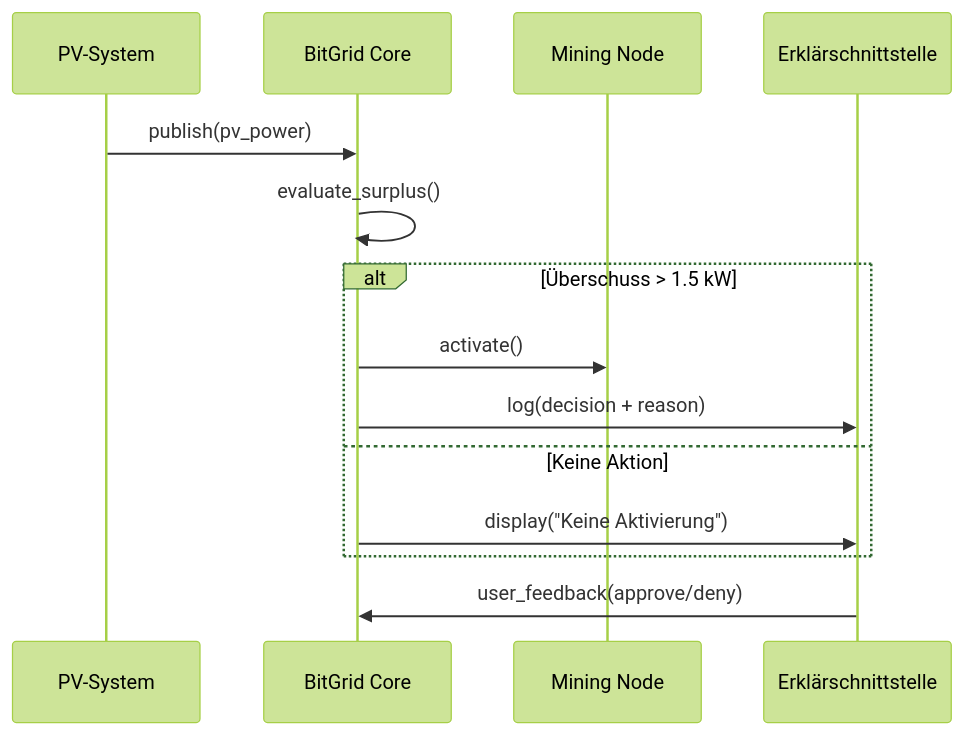
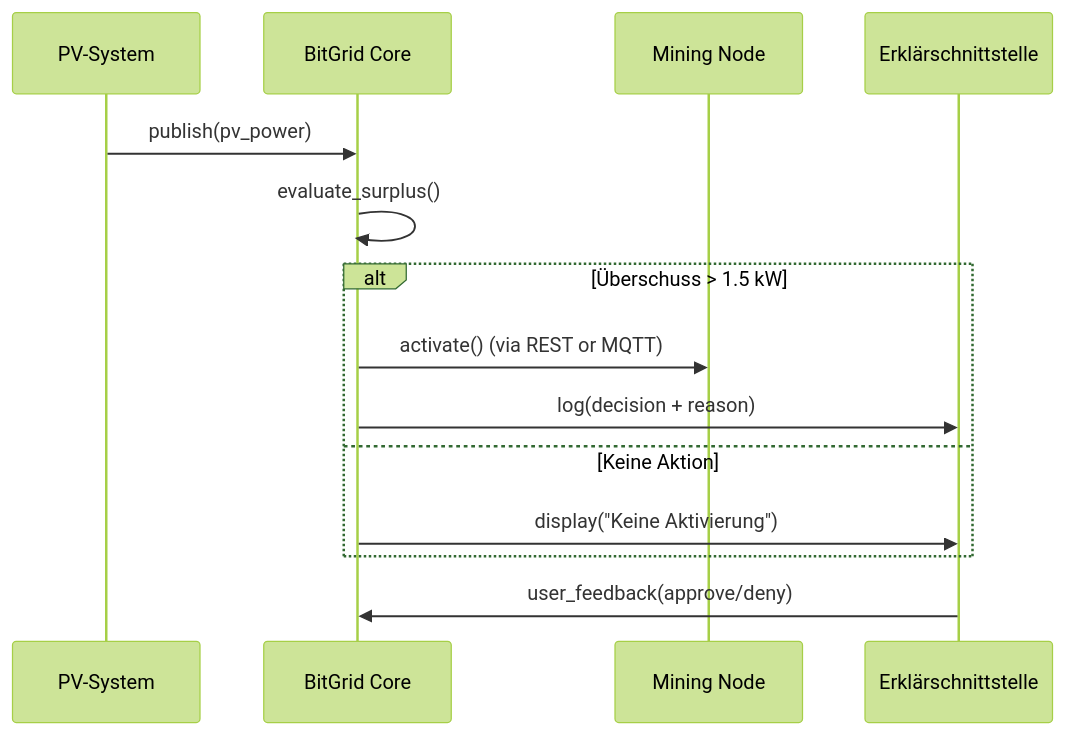
One commit to bitgrid-research/BitGridAI changed the second of 2 diagrams in docs/architecture/06_runtime_view.md. Above: the diagram before and after it, drawn with Mermaid (forest theme). The commit also changed other lines of this file, not shown here.

````diff
--- a/docs/architecture/06_runtime_view.md
+++ b/docs/architecture/06_runtime_view.md
@@ -80,17 +78,17 @@
 ```mermaid
 sequenceDiagram
     participant PV as PV-System
     participant Core as BitGrid Core
     participant Miner as Mining Node
     participant UI as Erklärschnittstelle
 
     PV->>Core: publish(pv_power)
     Core->>Core: evaluate_surplus()
     alt Überschuss > 1.5 kW
-        Core->>Miner: activate()
+        Core->>Miner: activate() (via REST or MQTT)
         Core->>UI: log(decision + reason)
     else Keine Aktion
         Core->>UI: display("Keine Aktivierung")
     end
     UI->>Core: user_feedback(approve/deny)
 ```
````
